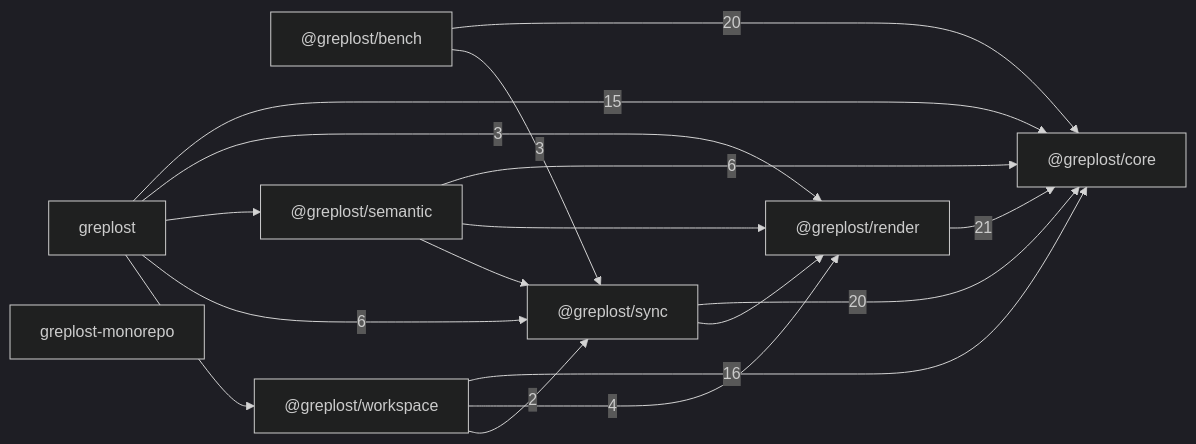
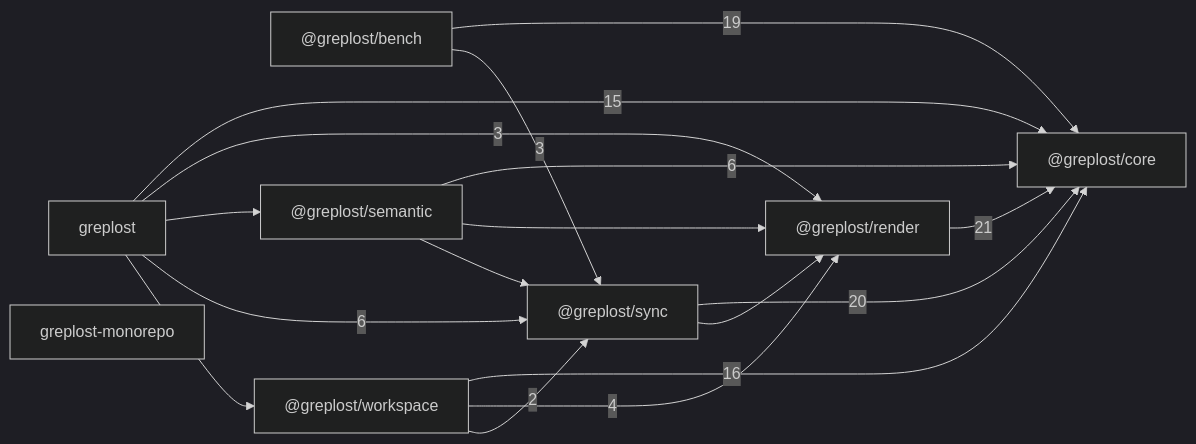
One commit to sns45/greplost changed the diagram in .greplost/repo/MAP.md. Above: the diagram before and after it, drawn with Mermaid (dark theme). The commit also changed other lines of this file and 25 other files, not shown here.

Commit message:
greplost: refresh the repo map after the bench fix round

````diff
--- a/.greplost/repo/MAP.md
+++ b/.greplost/repo/MAP.md
@@ -21,27 +21,27 @@
 ```mermaid
 graph LR
   _greplost_bench["@greplost/bench"]
   _greplost_core["@greplost/core"]
   _greplost_render["@greplost/render"]
   _greplost_semantic["@greplost/semantic"]
   _greplost_sync["@greplost/sync"]
   _greplost_workspace["@greplost/workspace"]
   greplost["greplost"]
   greplost_monorepo["greplost-monorepo"]
-  _greplost_bench -->|20| _greplost_core
+  _greplost_bench -->|19| _greplost_core
   _greplost_bench -->|3| _greplost_sync
   _greplost_render -->|21| _greplost_core
   _greplost_semantic -->|6| _greplost_core
   _greplost_semantic --> _greplost_render
   _greplost_semantic --> _greplost_sync
   _greplost_sync -->|20| _greplost_core
   _greplost_sync --> _greplost_render
   _greplost_workspace -->|16| _greplost_core
   _greplost_workspace -->|4| _greplost_render
   _greplost_workspace -->|2| _greplost_sync
   greplost -->|15| _greplost_core
   greplost -->|3| _greplost_render
   greplost --> _greplost_semantic
   greplost -->|6| _greplost_sync
   greplost --> _greplost_workspace
 ```
````
